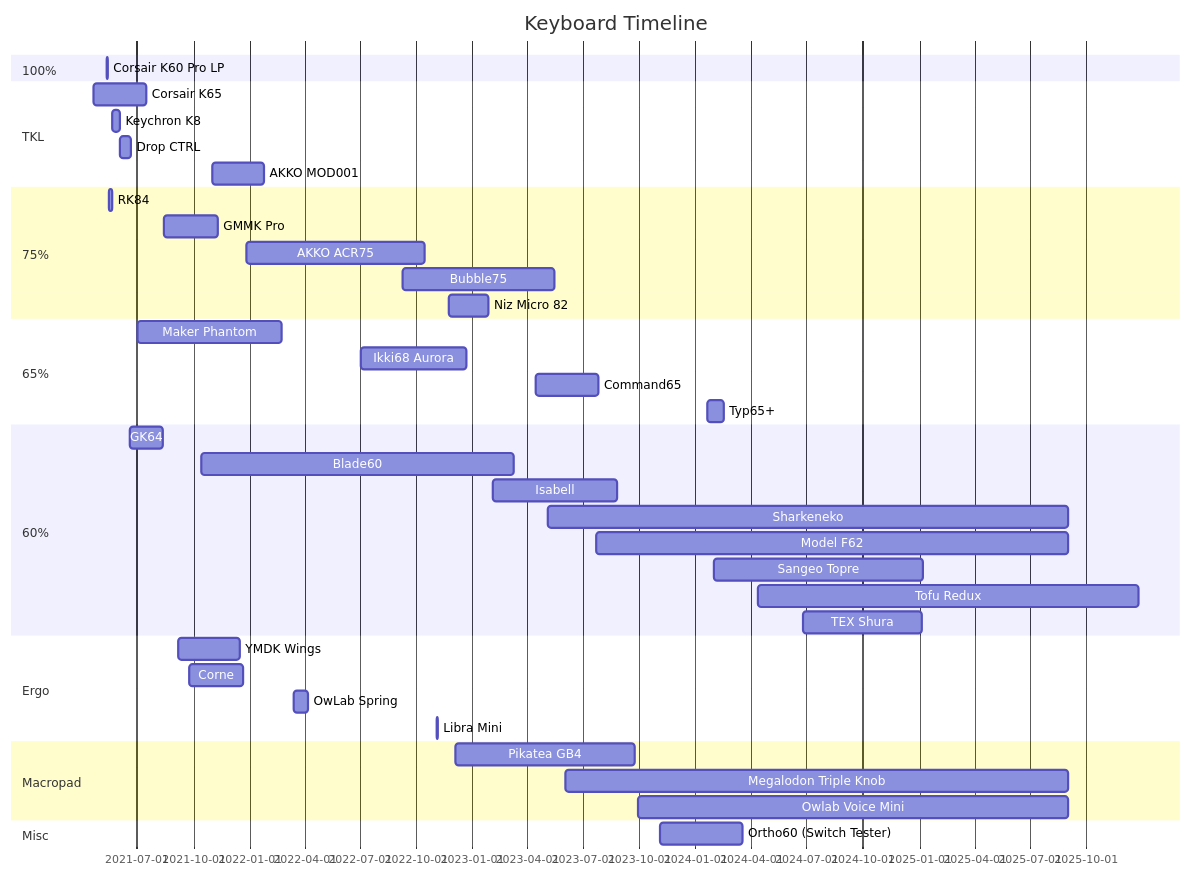
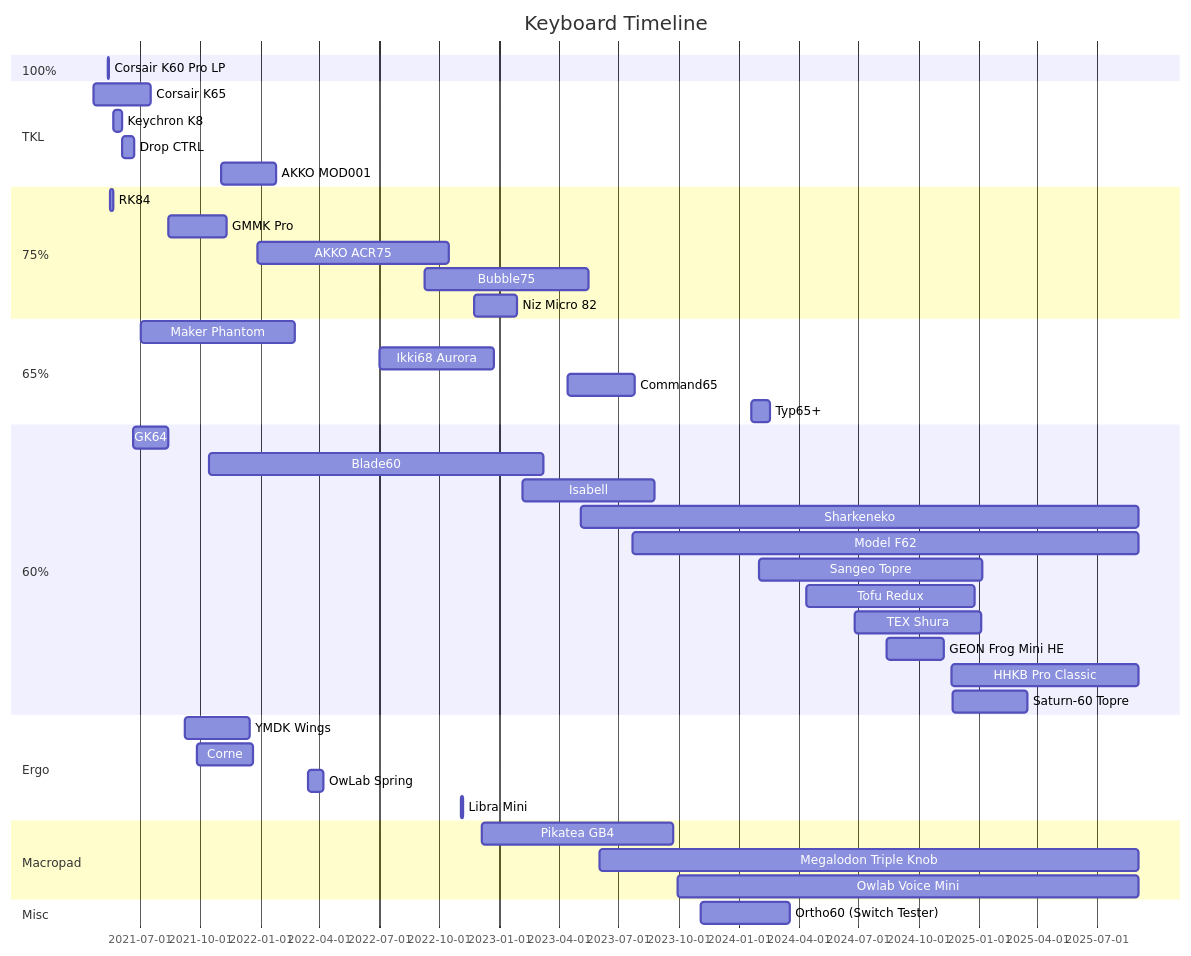
Before and after one commit to d-floe/quartz: the diagram in content/keyboard-index.md, drawn with Mermaid. The commit also changed 2 other files, not shown here.

Commit message:
vault backup: 2025-09-02 19:42:02

````diff
--- a/content/keyboard-index.md
+++ b/content/keyboard-index.md
@@ -6,54 +6,56 @@
 ```mermaid
 gantt
         title Keyboard Timeline
         dateFormat  MMMM Do YYYY
         todayMarker off
 
         section 100%
         Corsair K60 Pro LP:a2, May 12th 2021,May 15th 2021
 
         section TKL
         Corsair K65:a1, April 21st 2021,July 17th 2021
         Keychron K8:a4, May 22nd 2021,June 4th 2021
         Drop CTRL:a5, June 3rd 2021,June 22nd 2021
         AKKO MOD001:a12, November 1st 2021,January 25th 2022
 
         section 75%
         RK84:a3, May 16th 2021,May 21st 2021
         GMMK Pro:a8, August 14th 2021,November 10th 2021
 
         AKKO ACR75:a13, December 27th 2021,October 15th 2022
         Bubble75:a16, September 9th 2022,May 16th 2023
         Niz Micro 82:a18, November 23rd 2022,January 28th 2023
 
         section 65%
         Maker Phantom:a7, July 2nd 2021,February 23rd 2022
         Ikki68 Aurora:a15, July 2nd 2022,December 23rd 2022
         Command65:a20, April 14th 2023,July 26th 2023
         Typ65+:a23, January 20th 2024,February 17th 2024
 
         section 60%
         GK64:a6, June 20th 2021,August 13th 2021
         Blade60:a11, October 15th 2021,March 9th 2023
         Isabell:a19, February 4th 2023,August 25th 2023
         Sharkeneko:a21, May 4th 2023,September 2nd 2025
         Model F62:a22, July 22nd 2023,September 2nd 2025
         Sangeo Topre:a26,February 1st 2024,January 7th 2025
-        Tofu Redux:a27,April 13th 2024,December 26th 2025
-        TEX Shura:a28, June 25th 2024,January 5th 2025
-        
+        Tofu Redux:a27,April 13th 2024,December 26th 2024
+        TEX Shura:a28,June 25th 2024,January 5th 2025
+        GEON Frog Mini HE:a29,August 14th 2024,November 9th 2024
+        HHKB Pro Classic:a30,November 20th 2024,September 2nd 2025
+        Saturn-60 Topre:a31,November 23rd 2024,March 16th 2025
 
 		section Ergo
         YMDK Wings:a9, September 7th 2021,December 16th 2021
 		Corne:a10, September 25th 2021,December 21st 2021
 		OwLab Spring:a14, March 14th 2022,April 7th 2022
 		Libra Mini:a17, November 3rd 2022,November 6th 2022
 
 		section Macropad
 		Pikatea GB4:apk, December 5th 2022,September 23rd 2023
 		Megalodon Triple Knob:atk, June 3rd 2023,September 2nd 2025
 		Owlab Voice Mini:avm, September 29th 2023,September 2nd 2025
 
 		section Misc
 		Ortho60 (Switch Tester):ost, November 4th 2023,March 18th 2024
 ```
````
